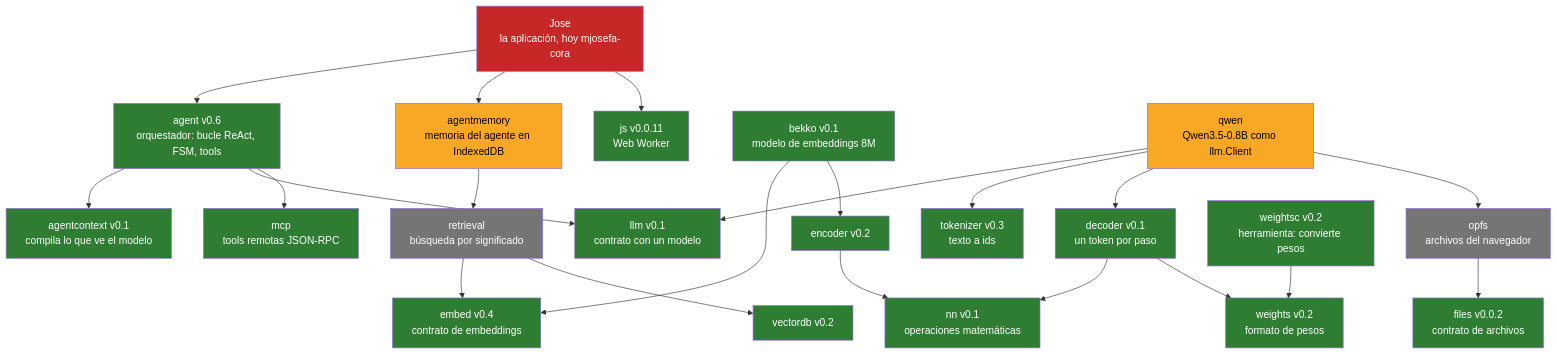
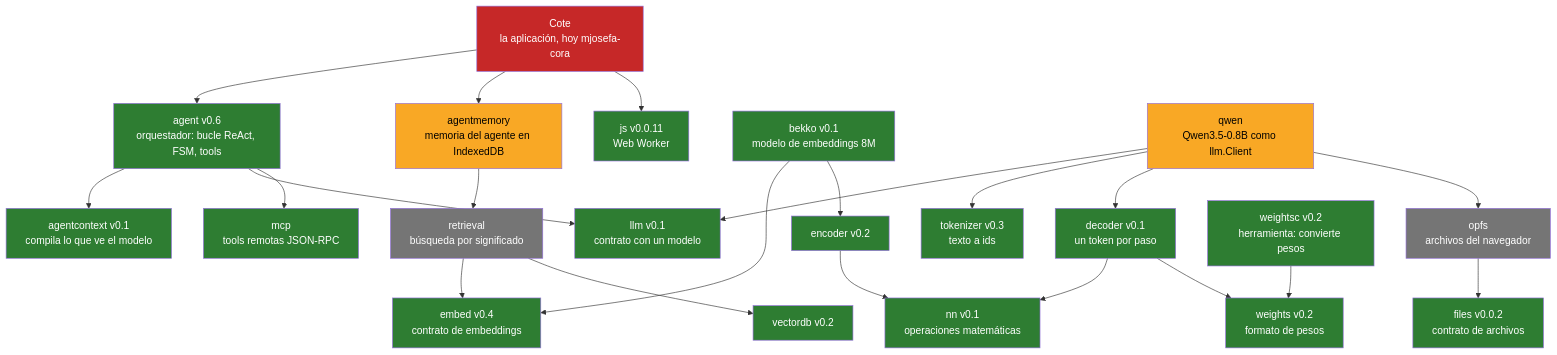
One commit to webtyp/agent changed the second of 6 diagrams in docs/diagrams/ECOSYSTEM_MAP.md. Above: the diagram before and after it, drawn with Mermaid. The commit also changed other lines of this file and 3 other files, not shown here.

Commit message:
docs: the assistant is Cote (ex Jose); master plan state with PRs in review

````diff
--- a/docs/diagrams/ECOSYSTEM_MAP.md
+++ b/docs/diagrams/ECOSYSTEM_MAP.md
@@ -44,31 +44,31 @@
 ```mermaid
 flowchart TD
-    APP[Jose<br/>la aplicación, hoy mjosefa-cora] --> AGENT[agent v0.6<br/>orquestador: bucle ReAct, FSM, tools]
+    APP[Cote<br/>la aplicación, hoy mjosefa-cora] --> AGENT[agent v0.6<br/>orquestador: bucle ReAct, FSM, tools]
     APP --> AM[agentmemory<br/>memoria del agente en IndexedDB]
     APP --> JS[js v0.0.11<br/>Web Worker]
     AGENT --> AC[agentcontext v0.1<br/>compila lo que ve el modelo]
     AGENT --> LLM[llm v0.1<br/>contrato con un modelo]
     AGENT --> MCP[mcp<br/>tools remotas JSON-RPC]
     AM --> RET[retrieval<br/>búsqueda por significado]
     RET --> EMB[embed v0.4<br/>contrato de embeddings]
     RET --> VDB[vectordb v0.2]
     BEKKO[bekko v0.1<br/>modelo de embeddings 8M] --> EMB
     BEKKO --> ENC[encoder v0.2]
     QWEN[qwen<br/>Qwen3.5-0.8B como llm.Client] --> LLM
     QWEN --> TOK[tokenizer v0.3<br/>texto a ids]
     QWEN --> DEC[decoder v0.1<br/>un token por paso]
     DEC --> NN[nn v0.1<br/>operaciones matemáticas]
     ENC --> NN
     DEC --> W[weights v0.2<br/>formato de pesos]
     QWEN --> OPFS[opfs<br/>archivos del navegador]
     OPFS --> FILES[files v0.0.2<br/>contrato de archivos]
     WC[weightsc v0.2<br/>herramienta: convierte pesos] --> W
     classDef done fill:#2e7d32,color:#fff
     classDef plan fill:#f9a825,color:#000
     classDef docs fill:#757575,color:#fff
     classDef stale fill:#c62828,color:#fff
     class AGENT,AC,LLM,MCP,EMB,VDB,BEKKO,ENC,TOK,DEC,NN,W,FILES,WC,JS done
     class AM,QWEN plan
     class RET,OPFS docs
     class APP stale
 ```
````
